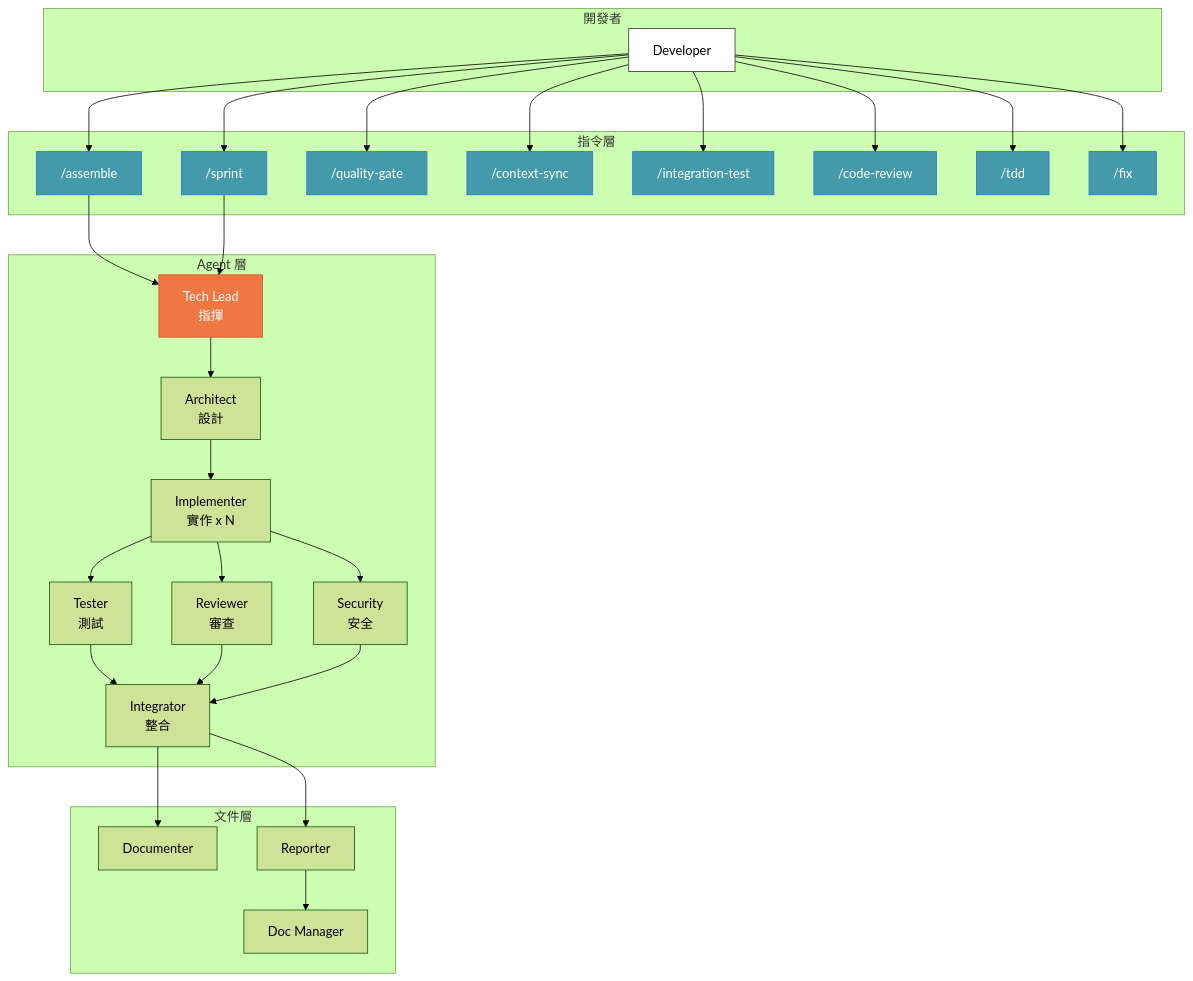
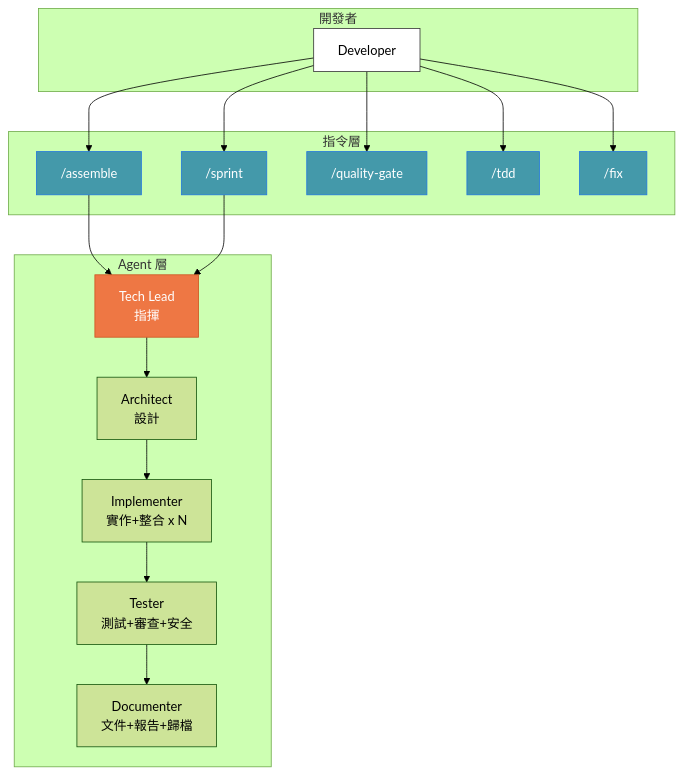
One commit to Muheng1992/symbiotic-engineering changed the diagram in README.md. Above: the diagram before and after it, drawn with Mermaid (forest theme). The commit also changed other lines of this file and 46 other files, not shown here.

````diff
--- a/README.md
+++ b/README.md
@@ -94,52 +89,36 @@
 ```mermaid
 graph TB
     subgraph "開發者"
         U["Developer"]
     end
 
     subgraph "指令層"
         S1["/assemble"]
         S2["/sprint"]
         S3["/quality-gate"]
-        S4["/context-sync"]
-        S5["/integration-test"]
-        S6["/code-review"]
-        S7["/tdd"]
-        S8["/fix"]
+        S5["/tdd"]
+        S6["/fix"]
     end
 
     subgraph "Agent 層"
         TL["Tech Lead<br/>指揮"]
         AR["Architect<br/>設計"]
-        IM["Implementer<br/>實作 x N"]
-        TE["Tester<br/>測試"]
-        RV["Reviewer<br/>審查"]
-        SA["Security<br/>安全"]
-        IN["Integrator<br/>整合"]
+        IM["Implementer<br/>實作+整合 x N"]
+        TE["Tester<br/>測試+審查+安全"]
+        DC["Documenter<br/>文件+報告+歸檔"]
     end
 
-    subgraph "文件層"
-        DC["Documenter"]
-        DM["Doc Manager"]
-        RP["Reporter"]
-    end
-
-    U --> S1 & S2 & S3 & S4 & S5 & S6 & S7 & S8
+    U --> S1 & S2 & S3 & S5 & S6
     S1 & S2 --> TL
     TL --> AR --> IM
-    IM --> TE & RV & SA
-    TE & RV & SA --> IN
-    IN --> DC & RP
-    RP --> DM
+    IM --> TE
+    TE --> DC
 
     style U fill:#fff,stroke:#333
     style TL fill:#e74,stroke:#c52,color:#fff
     style S1 fill:#49a,stroke:#27d,color:#fff
     style S2 fill:#49a,stroke:#27d,color:#fff
     style S3 fill:#49a,stroke:#27d,color:#fff
-    style S4 fill:#49a,stroke:#27d,color:#fff
     style S5 fill:#49a,stroke:#27d,color:#fff
     style S6 fill:#49a,stroke:#27d,color:#fff
-    style S7 fill:#49a,stroke:#27d,color:#fff
-    style S8 fill:#49a,stroke:#27d,color:#fff
 ```
````
